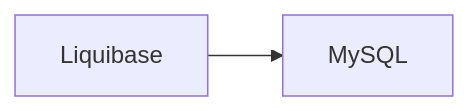
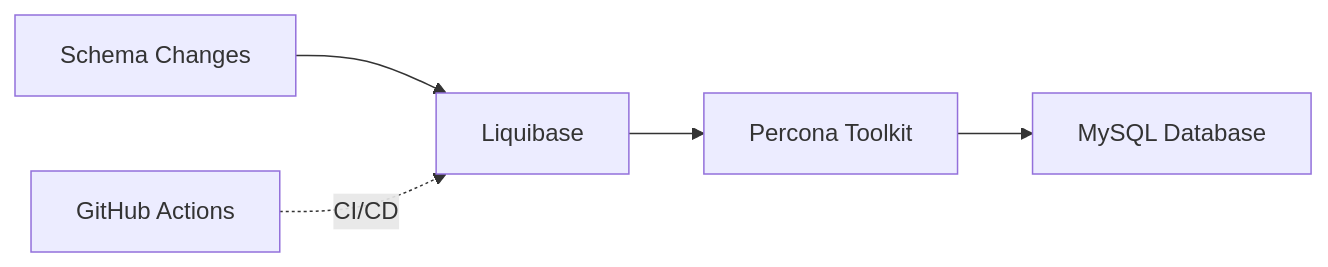
Before and after one commit to erinlkolp/liquibase-percona-mysql-docker-demo: the diagram in README.md, drawn with Mermaid. The commit also changed other lines of this file and 1 other file, not shown here.

````diff
--- a/README.md
+++ b/README.md
@@ -7,4 +7,7 @@
 ```mermaid
 graph LR
-A[Liquibase] --> B[MySQL]
+    A[Schema Changes] --> B[Liquibase]
+    B --> C[Percona Toolkit]
+    C --> D[MySQL Database]
+    E[GitHub Actions] -.CI/CD.-> B
 ```
````
